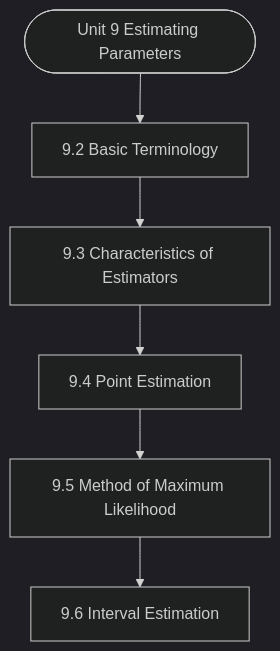
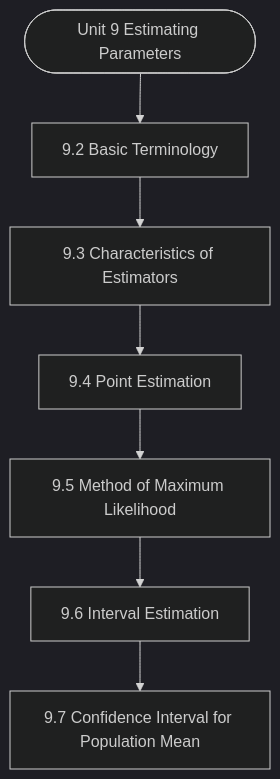
The diagram in notes/Semester_2/MCS-066_Mathematical_Foundations_-_II/unit_09_Estimating_Parameters.md (Asutosh-Coaching/mscdsa), drawn with Mermaid (dark theme) before and after one commit. The commit also changed other lines of this file and 116 other files, not shown here.

````diff
--- a/notes/Semester_2/MCS-066_Mathematical_Foundations_-_II/unit_09_Estimating_Parameters.md
+++ b/notes/Semester_2/MCS-066_Mathematical_Foundations_-_II/unit_09_Estimating_Parameters.md
@@ -19,14 +19,16 @@
 ```mermaid
 flowchart TD
   Start(["Unit 9 Estimating Parameters"])
   N1["9.2 Basic Terminology"]
   N2["9.3 Characteristics of Estimators"]
   N3["9.4 Point Estimation"]
   N4["9.5 Method of Maximum Likelihood"]
   N5["9.6 Interval Estimation"]
+  N6["9.7 Confidence Interval for Population Mean"]
   Start --> N1
   N1 --> N2
   N2 --> N3
   N3 --> N4
   N4 --> N5
+  N5 --> N6
 ```
````
